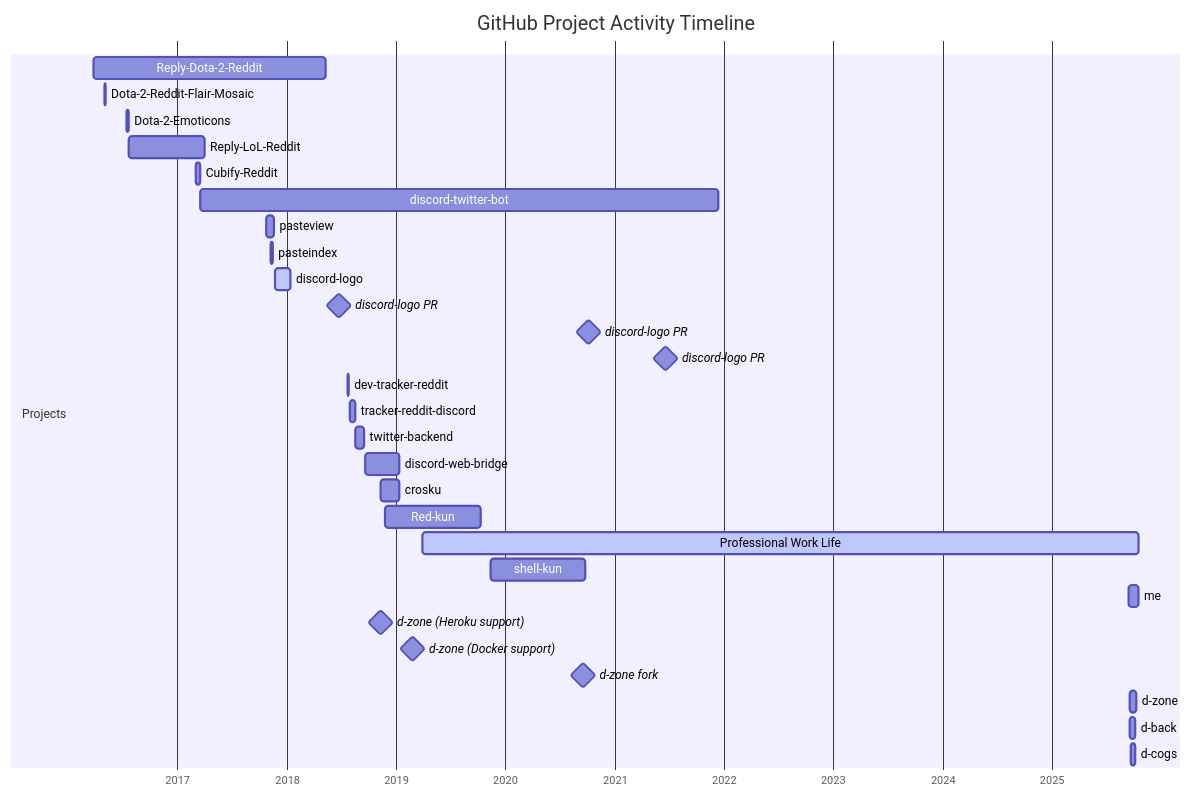
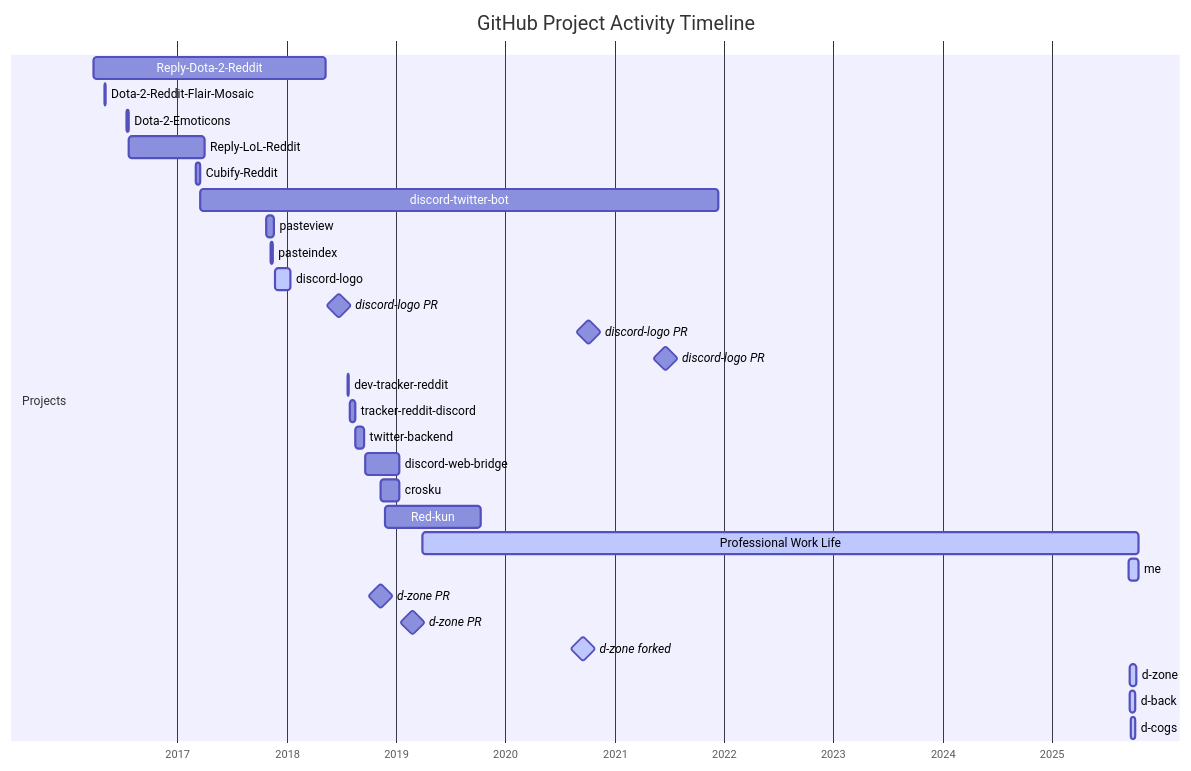
Before and after one commit to NNTin/me: the diagram in _projects/projects.md, drawn with Mermaid. The commit also changed other lines of this file and 1 other file, not shown here.

```diff
--- a/_projects/projects.md
+++ b/_projects/projects.md
@@ -8,35 +8,34 @@
-<div class="mermaid">
+<div class="mermaid" id="project-gantt">
 gantt
     title GitHub Project Activity Timeline
     dateFormat  YYYY-MM-DD
     axisFormat  %Y
 
     section Projects
     Reply-Dota-2-Reddit     :rdr, 2016-03-27, 2018-05-10
     Dota-2-Reddit-Flair-Mosaic :dfm, 2016-05-01, 2016-05-06
     Dota-2-Emoticons        :de, 2016-07-16, 2016-07-21
     Reply-LoL-Reddit        :rlr, 2016-07-24, 2017-04-02
     Cubify-Reddit           :cr, 2017-03-04, 2017-03-19
     discord-twitter-bot     :dtb, 2017-03-20, 2021-12-12
     pasteview               :pv, 2017-10-24, 2017-11-20
     pasteindex              :pi, 2017-11-10, 2017-11-15
     discord-logo            :active, dl, 2017-11-24, 2018-01-14
     discord-logo PR         :milestone, pr1, 2018-06-26, 0d
     discord-logo PR         :milestone, pr2, 2020-10-07, 0d  
     discord-logo PR         :milestone, pr3, 2021-06-20, 0d
     dev-tracker-reddit      :dtr, 2018-07-25, 2018-07-26
     tracker-reddit-discord  :trd, 2018-07-31, 2018-08-17
     twitter-backend         :tb, 2018-08-18, 2018-09-16
     discord-web-bridge      :dwb, 2018-09-20, 2019-01-11
     crosku                  :ck, 2018-11-11, 2019-01-12
     Red-kun                 :rk, 2018-11-27, 2019-10-13
     Professional Work Life  :active, ps, 2019-04-01, until today
-    shell-kun               :sk, 2019-11-15, 2020-09-23
-    me                      :me, 2025-09-14, 2025-10-16
-    d-zone (Heroku support) :milestone, dz1, 2018-11-11, 0d
-    d-zone (Docker support) :milestone, dz2, 2019-02-24, 0d
-    d-zone fork             :milestone, dz3, 2020-09-19, 0d
-    d-zone                  :dz, 2025-09-18, 2025-10-10
-    d-back                  :db, 2025-09-17, 2025-10-05
-    d-cogs                  :dc, 2025-09-20, 2025-10-05
+    me                      :active, me, 2025-09-14, 2025-10-16
+    d-zone PR               :milestone, dz1, 2018-11-11, 0d
+    d-zone PR               :milestone, dz2, 2019-02-24, 0d
+    d-zone forked           :active, milestone, dz3, 2020-09-19, 0d
+    d-zone                  :active, dz, 2025-09-18, 2025-10-10
+    d-back                  :active, db, 2025-09-17, 2025-10-05
+    d-cogs                  :active, dc, 2025-09-20, 2025-10-05
 </div>
```
